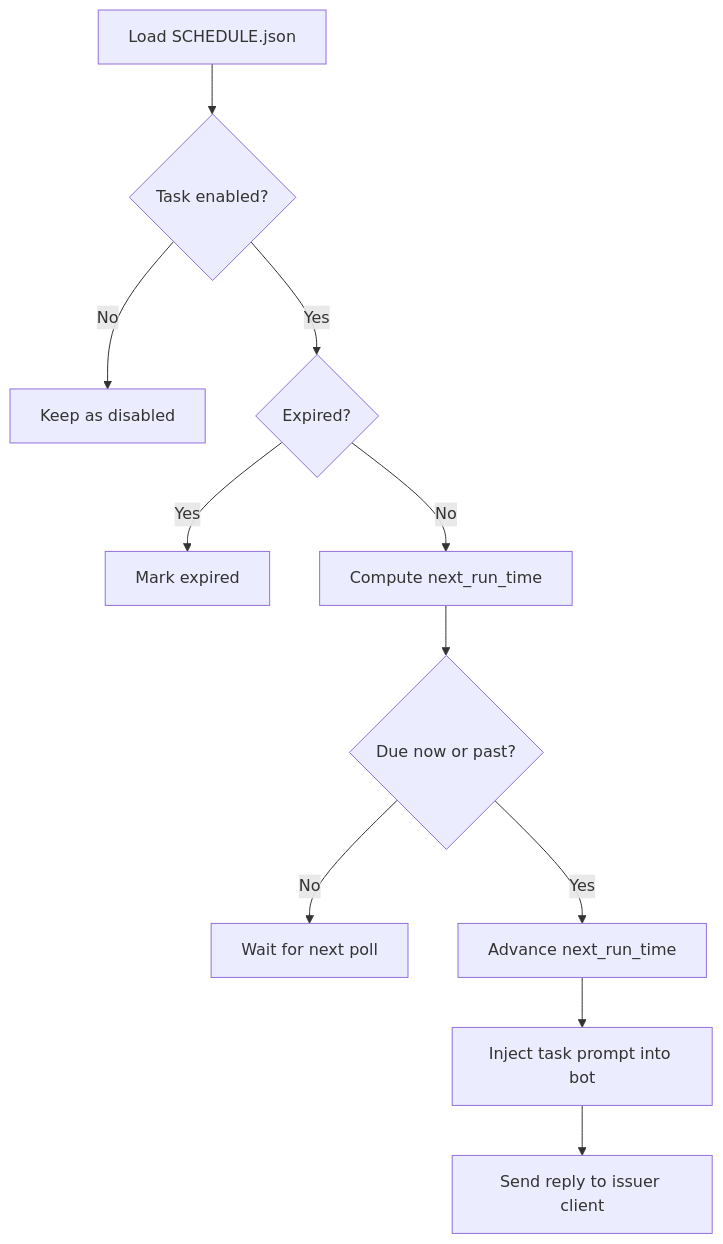
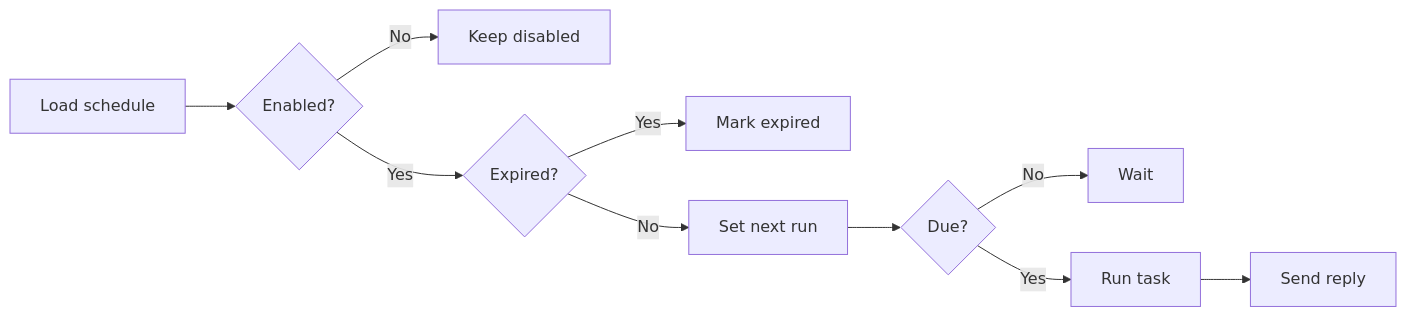
The fourth of 5 diagrams in README.md (hseeda/10L-H-Claw), drawn with Mermaid before and after one commit. The commit also changed other lines of this file, not shown here.

````diff
--- a/README.md
+++ b/README.md
@@ -274,13 +237,12 @@
 ```mermaid
-flowchart TD
-    A[Load SCHEDULE.json] --> B{Task enabled?}
-    B -- No --> X[Keep as disabled]
+flowchart LR
+    A[Load schedule] --> B{Enabled?}
+    B -- No --> X[Keep disabled]
     B -- Yes --> C{Expired?}
     C -- Yes --> Y[Mark expired]
-    C -- No --> D[Compute next_run_time]
-    D --> E{Due now or past?}
-    E -- No --> F[Wait for next poll]
-    E -- Yes --> G[Advance next_run_time]
-    G --> H[Inject task prompt into bot]
-    H --> I[Send reply to issuer client]
+    C -- No --> D[Set next run]
+    D --> E{Due?}
+    E -- No --> F[Wait]
+    E -- Yes --> G[Run task]
+    G --> H[Send reply]
 ```
````
